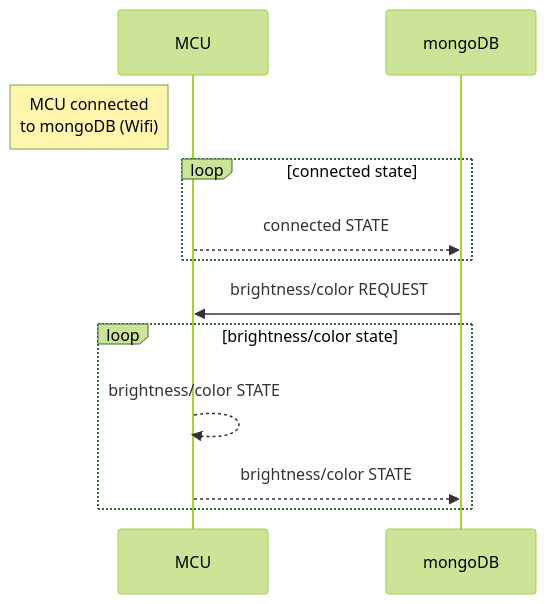
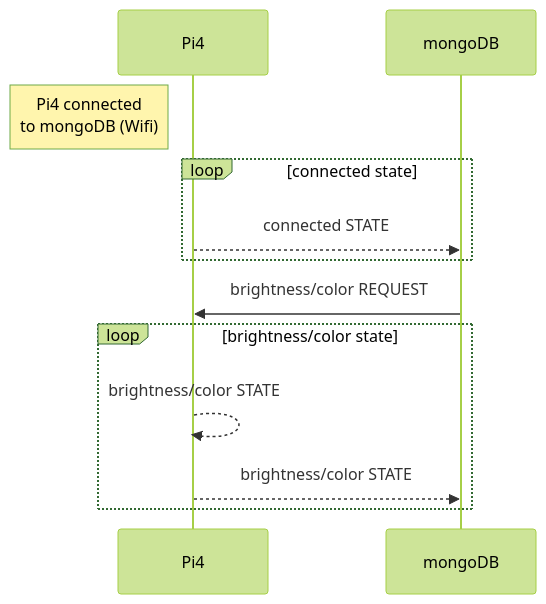
The diagram in docs/sequence_diagram/embedded.md (luminosityleds/server), drawn with Mermaid (forest theme) before and after one commit. The commit also changed 2 other files, not shown here.

Commit message:
MCU -> Pi4

````diff
--- a/docs/sequence_diagram/embedded.md
+++ b/docs/sequence_diagram/embedded.md
@@ -1,14 +1,14 @@
 ```mermaid
 sequenceDiagram
-    Note left of MCU: MCU connected <br>to mongoDB (Wifi)
-    participant MCU
+    Note left of Pi4: Pi4 connected <br>to mongoDB (Wifi)
+    participant Pi4
     participant mongoDB
     loop connected state
-        MCU -->>mongoDB: connected STATE 
+        Pi4 -->>mongoDB: connected STATE 
     end
-    mongoDB->>MCU: brightness/color REQUEST
+    mongoDB->>Pi4: brightness/color REQUEST
     loop brightness/color state
-        MCU -->>MCU: brightness/color STATE
-        MCU -->>mongoDB: brightness/color STATE
+        Pi4 -->>Pi4: brightness/color STATE
+        Pi4 -->>mongoDB: brightness/color STATE
     end
 ```
````
